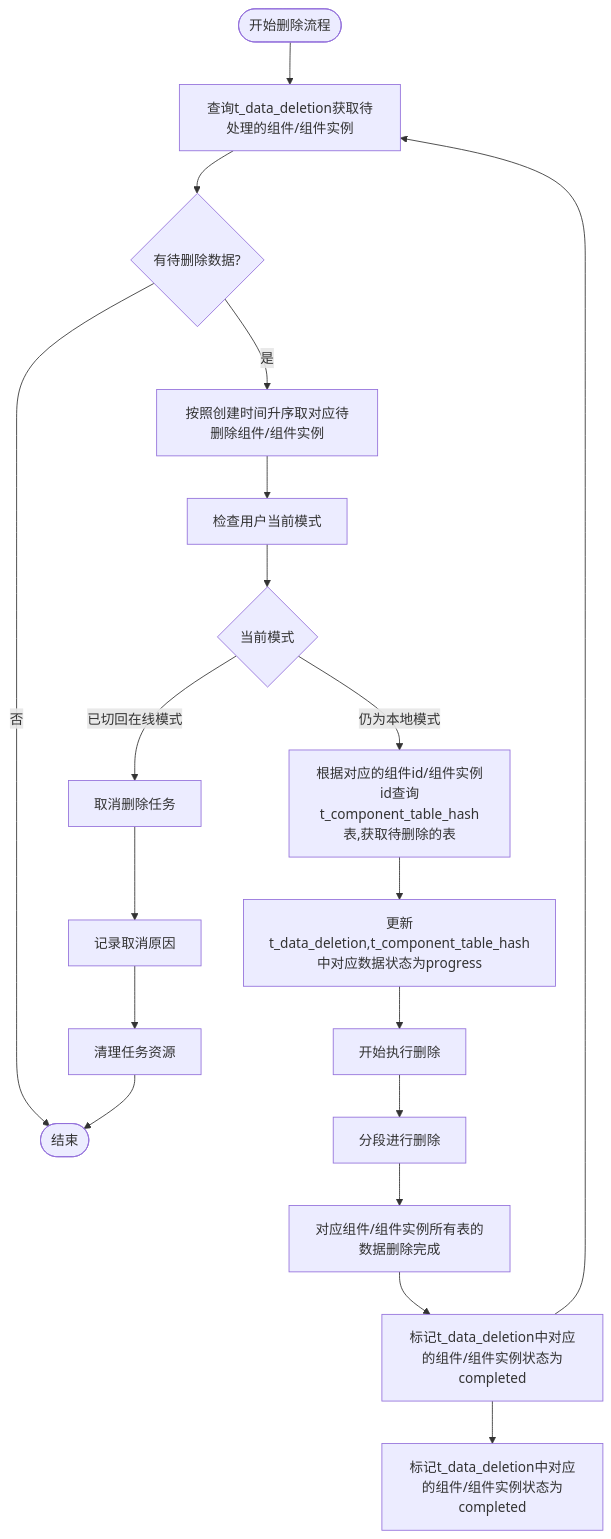
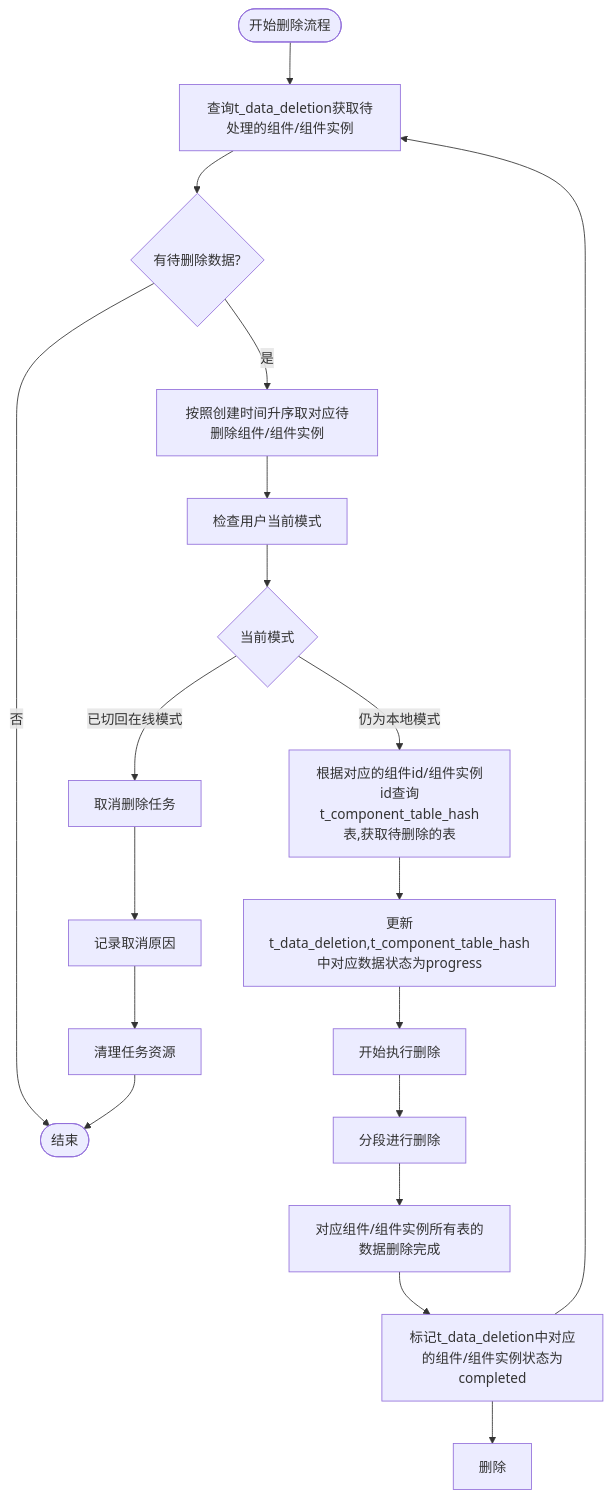
The diagram in all/未命名-51.md (yingjianzh/iodraw-files), drawn with Mermaid before and after one commit.

Commit message:
2025-05-08 15:48:53 update

````diff
--- a/all/未命名-51.md
+++ b/all/未命名-51.md
@@ -1,30 +1,30 @@
 ```mermaid
 flowchart TD
     Start([开始删除流程]) --> FetchTasks[查询t_data_deletion获取待处理的组件/组件实例]
     FetchTasks --> HasTasks{有待删除数据?}
     
     HasTasks -->|否| End([结束])
     HasTasks -->|是| PrioritizeTasks[按照创建时间升序取对应待删除组件/组件实例]
     
     PrioritizeTasks --> CheckUserMode[检查用户当前模式]
     
     CheckUserMode --> CurrentMode{当前模式}
     CurrentMode -->|已切回在线模式| TaskCancel[取消删除任务]
     CurrentMode -->|仍为本地模式| LockTask[根据对应的组件id/组件实例id查询t_component_table_hash表,获取待删除的表]
     
     LockTask --> UpdateStatus[更新t_data_deletion,t_component_table_hash中对应数据状态为progress]
     UpdateStatus --> BeginDeletion[开始执行删除]
     
     BeginDeletion --> A[分段进行删除]
     
     A --> B[对应组件/组件实例所有表的数据删除完成]
     B --> MarkCompleted[标记t_data_deletion中对应的组件/组件实例状态为completed]
     
-    MarkCompleted --> MarkHash[标记t_data_deletion中对应的组件/组件实例状态为completed]
+    MarkCompleted --> MarkHash[删除]
     
     TaskCancel --> LogCancellation[记录取消原因]
     LogCancellation --> CleanupTask[清理任务资源]
     
     MarkCompleted --> FetchTasks
     CleanupTask --> End
 ```
````
